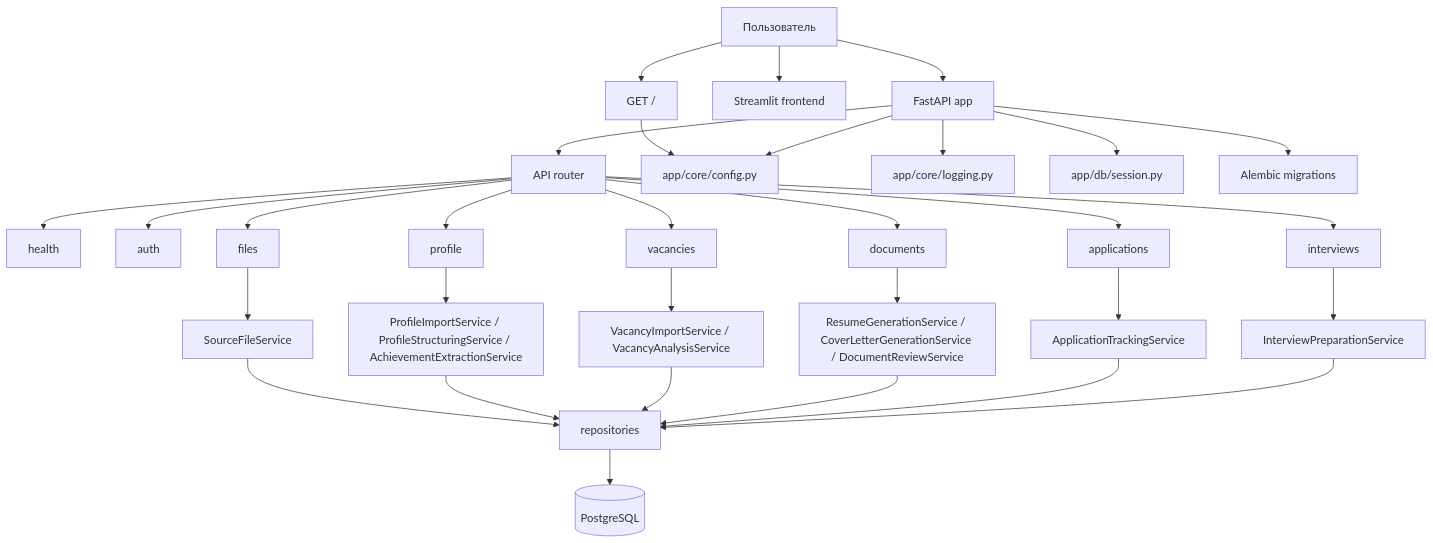
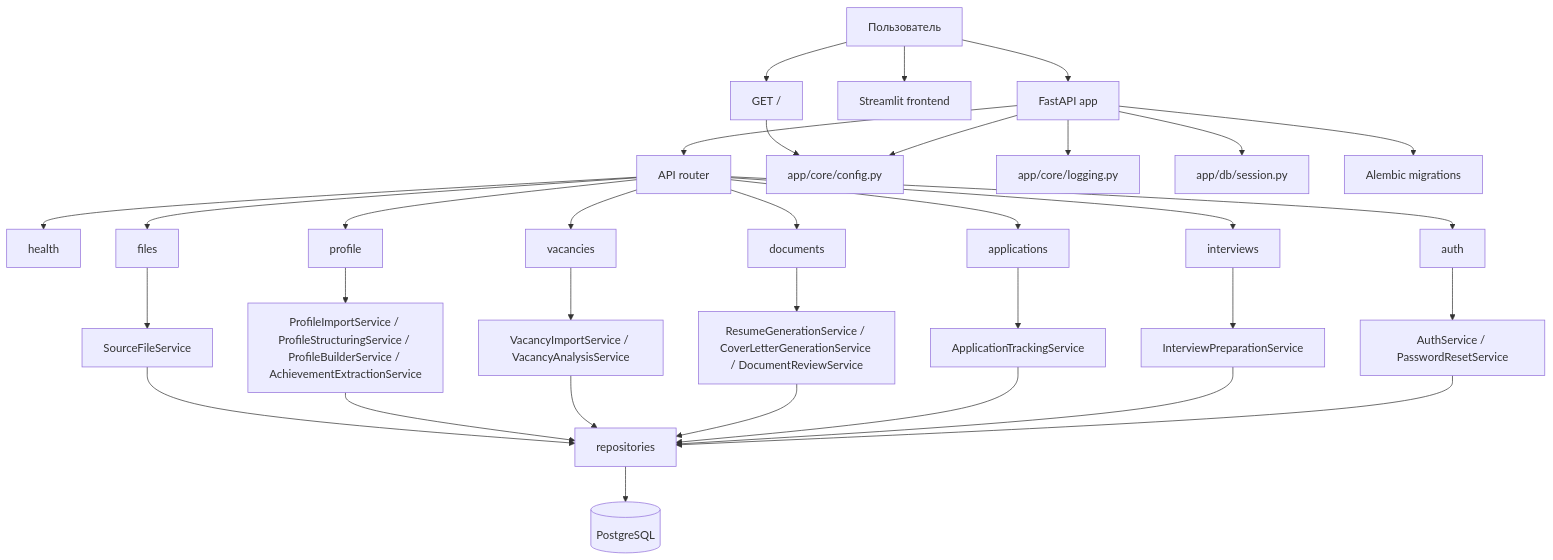
One commit to Alexsey111/career-copilot changed the diagram in docs/project-structure.md. Above: the diagram before and after it, drawn with Mermaid. The commit also changed other lines of this file and 41 other files, not shown here.

````diff
--- a/docs/project-structure.md
+++ b/docs/project-structure.md
@@ -7,36 +7,38 @@
 ```mermaid
 flowchart TD
     U[Пользователь] --> API[FastAPI app]
     U --> FE[Streamlit frontend]
     U --> ROOT[GET /]
     API --> RT[API router]
     RT --> R1[health]
     RT --> R8[auth]
     RT --> R2[files]
     RT --> R3[profile]
     RT --> R4[vacancies]
     RT --> R5[documents]
     RT --> R6[applications]
     RT --> R7[interviews]
 
     R2 --> S1[SourceFileService]
-    R3 --> S2[ProfileImportService / ProfileStructuringService / AchievementExtractionService]
+    R3 --> S2[ProfileImportService / ProfileStructuringService / ProfileBuilderService / AchievementExtractionService]
     R4 --> S3[VacancyImportService / VacancyAnalysisService]
     R5 --> S4[ResumeGenerationService / CoverLetterGenerationService / DocumentReviewService]
     R6 --> S5[ApplicationTrackingService]
     R7 --> S6[InterviewPreparationService]
+    R8 --> S7[AuthService / PasswordResetService]
 
     S1 --> REP[repositories]
     S2 --> REP
     S3 --> REP
     S4 --> REP
     S5 --> REP
     S6 --> REP
+    S7 --> REP
     REP --> DB[(PostgreSQL)]
 
     ROOT --> CFG[app/core/config.py]
     API --> CFG[app/core/config.py]
     API --> LOG[app/core/logging.py]
     API --> DBS[app/db/session.py]
     API --> ALEMBIC[Alembic migrations]
 ```
````
